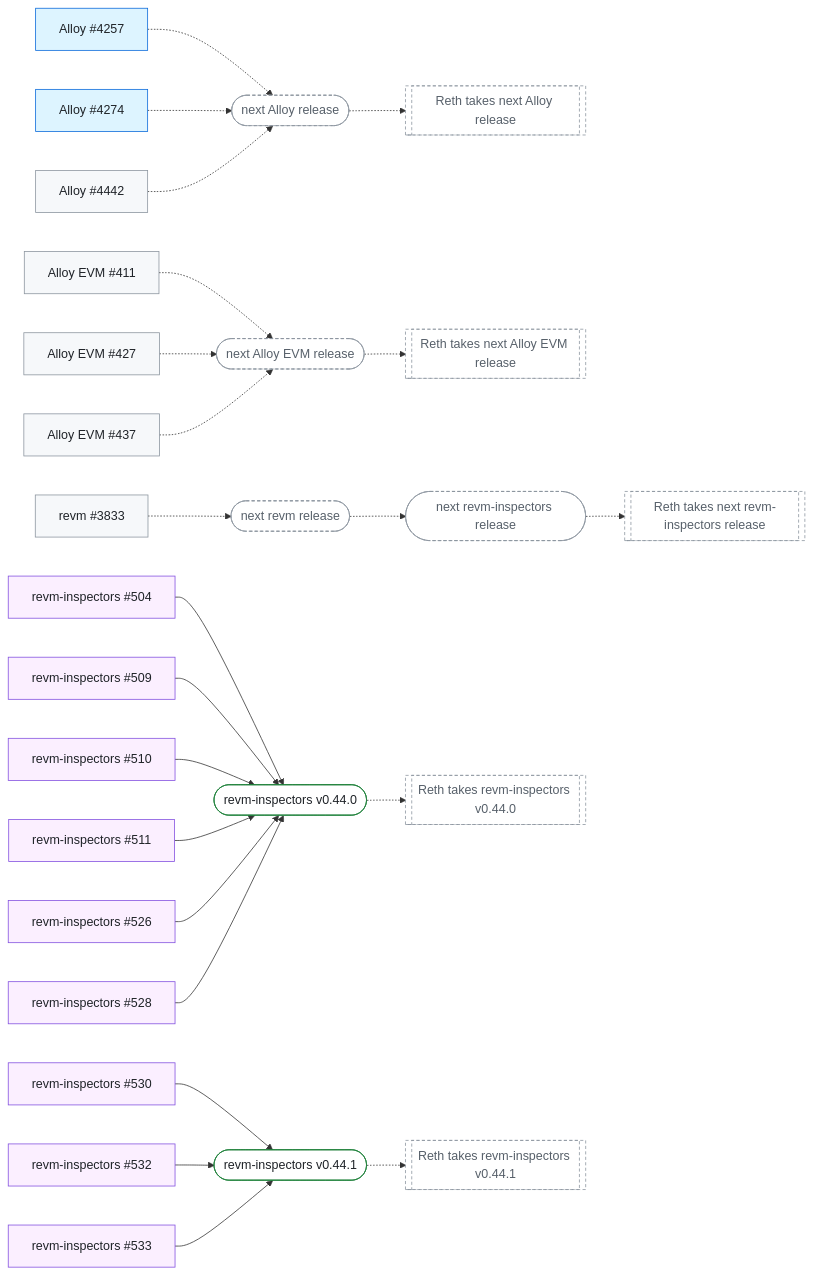
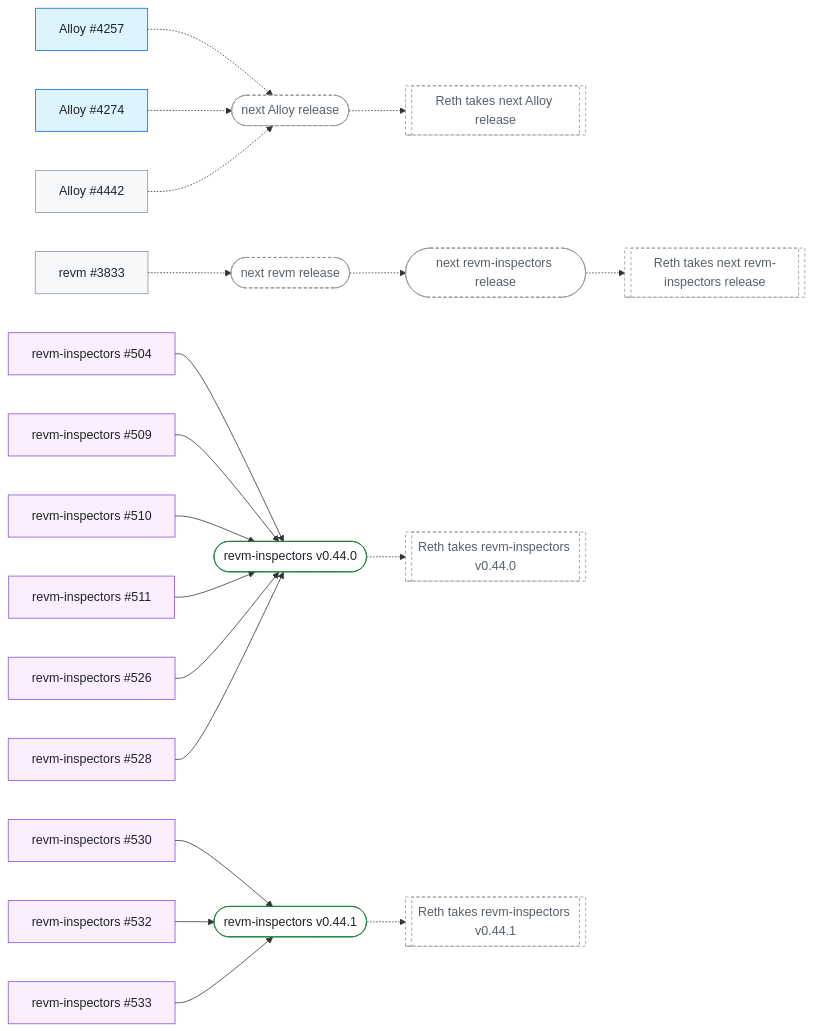
One commit to banteg/trace-interop changed the second of 2 diagrams in docs/client-fixes.md. Above: the diagram before and after it, drawn with Mermaid. The commit also changed other lines of this file and 19 other files, not shown here.

````diff
--- a/docs/client-fixes.md
+++ b/docs/client-fixes.md
@@ -166,57 +166,48 @@
 ```mermaid
 flowchart LR
   Alloy_4257["Alloy #4257"]:::merged
   next_Alloy_release(["next Alloy release"]):::pending
   Reth_takes_next_Alloy_release[["Reth takes next Alloy release"]]:::pending
   Alloy_4274["Alloy #4274"]:::merged
   Alloy_4442["Alloy #4442"]:::open
-  Alloy_EVM_411["Alloy EVM #411"]:::open
-  next_Alloy_EVM_release(["next Alloy EVM release"]):::pending
-  Reth_takes_next_Alloy_EVM_release[["Reth takes next Alloy EVM release"]]:::pending
-  Alloy_EVM_427["Alloy EVM #427"]:::open
-  Alloy_EVM_437["Alloy EVM #437"]:::open
   revm_3833["revm #3833"]:::open
   next_revm_release(["next revm release"]):::pending
   next_revm_inspectors_release(["next revm-inspectors release"]):::pending
   Reth_takes_next_revm_inspectors_release[["Reth takes next revm-inspectors release"]]:::pending
   revm_inspectors_504["revm-inspectors #504"]:::released
   revm_inspectors_v0_44_0(["revm-inspectors v0.44.0"]):::done
   Reth_takes_revm_inspectors_v0_44_0[["Reth takes revm-inspectors v0.44.0"]]:::pending
   revm_inspectors_509["revm-inspectors #509"]:::released
   revm_inspectors_510["revm-inspectors #510"]:::released
   revm_inspectors_511["revm-inspectors #511"]:::released
   revm_inspectors_526["revm-inspectors #526"]:::released
   revm_inspectors_528["revm-inspectors #528"]:::released
   revm_inspectors_530["revm-inspectors #530"]:::released
   revm_inspectors_v0_44_1(["revm-inspectors v0.44.1"]):::done
   Reth_takes_revm_inspectors_v0_44_1[["Reth takes revm-inspectors v0.44.1"]]:::pending
   revm_inspectors_532["revm-inspectors #532"]:::released
   revm_inspectors_533["revm-inspectors #533"]:::released
   Alloy_4257 -.-> next_Alloy_release
   next_Alloy_release -.-> Reth_takes_next_Alloy_release
   Alloy_4274 -.-> next_Alloy_release
   Alloy_4442 -.-> next_Alloy_release
-  Alloy_EVM_411 -.-> next_Alloy_EVM_release
-  next_Alloy_EVM_release -.-> Reth_takes_next_Alloy_EVM_release
-  Alloy_EVM_427 -.-> next_Alloy_EVM_release
-  Alloy_EVM_437 -.-> next_Alloy_EVM_release
   revm_3833 -.-> next_revm_release
   next_revm_release -.-> next_revm_inspectors_release
   next_revm_inspectors_release -.-> Reth_takes_next_revm_inspectors_release
   revm_inspectors_504 --> revm_inspectors_v0_44_0
   revm_inspectors_v0_44_0 -.-> Reth_takes_revm_inspectors_v0_44_0
   revm_inspectors_509 --> revm_inspectors_v0_44_0
   revm_inspectors_510 --> revm_inspectors_v0_44_0
   revm_inspectors_511 --> revm_inspectors_v0_44_0
   revm_inspectors_526 --> revm_inspectors_v0_44_0
   revm_inspectors_528 --> revm_inspectors_v0_44_0
   revm_inspectors_530 --> revm_inspectors_v0_44_1
   revm_inspectors_v0_44_1 -.-> Reth_takes_revm_inspectors_v0_44_1
   revm_inspectors_532 --> revm_inspectors_v0_44_1
   revm_inspectors_533 --> revm_inspectors_v0_44_1
   classDef open fill:#f6f8fa,stroke:#8c959f,color:#1f2328
   classDef merged fill:#ddf4ff,stroke:#0969da,color:#1f2328
   classDef released fill:#fbefff,stroke:#8250df,color:#1f2328
   classDef done fill:#ffffff,stroke:#1a7f37,color:#1f2328
   classDef pending fill:#ffffff,stroke:#8c959f,stroke-dasharray:4 3,color:#57606a
 ```
````
